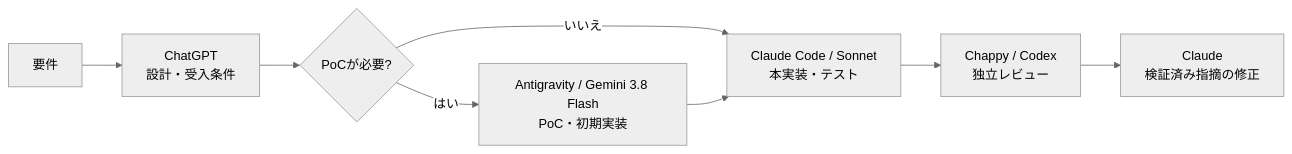
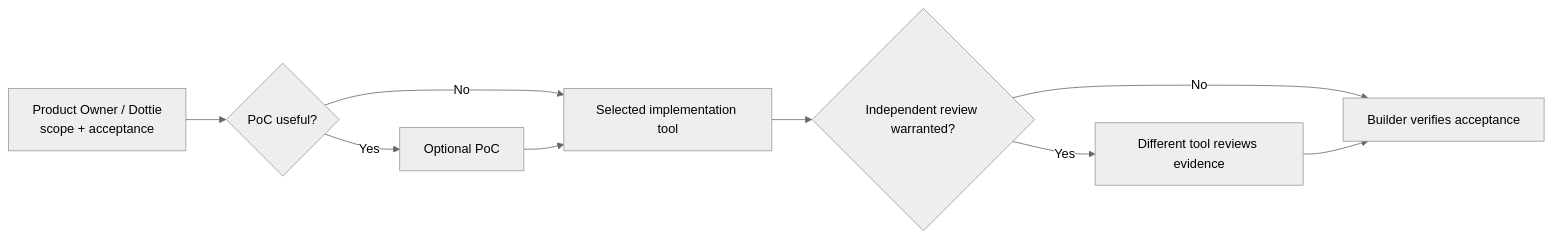
Before and after one commit to moruku36/multi-ai-workflow: the diagram in docs/cookbook/04-code-refactor.md, drawn with Mermaid (neutral theme). The commit also changed other lines of this file and 18 other files, not shown here.

````diff
--- a/docs/cookbook/04-code-refactor.md
+++ b/docs/cookbook/04-code-refactor.md
@@ -9,10 +7,11 @@
 ```mermaid
 flowchart LR
-    A[要件] --> B[ChatGPT<br/>設計・受入条件]
-    B --> Q{PoCが必要?}
-    Q -->|はい| C[Antigravity / Gemini 3.8 Flash<br/>PoC・初期実装]
-    Q -->|いいえ| D
-    C --> D[Claude Code / Sonnet<br/>本実装・テスト]
-    D --> E[Chappy / Codex<br/>独立レビュー]
-    E --> F[Claude<br/>検証済み指摘の修正]
+    A["Product Owner / Dottie<br/>scope + acceptance"] --> B{"PoC useful?"}
+    B -->|Yes| C["Optional PoC"]
+    B -->|No| D["Selected implementation tool"]
+    C --> D
+    D --> E{"Independent review warranted?"}
+    E -->|Yes| F["Different tool reviews evidence"]
+    E -->|No| G["Builder verifies acceptance"]
+    F --> G
 ```
````
